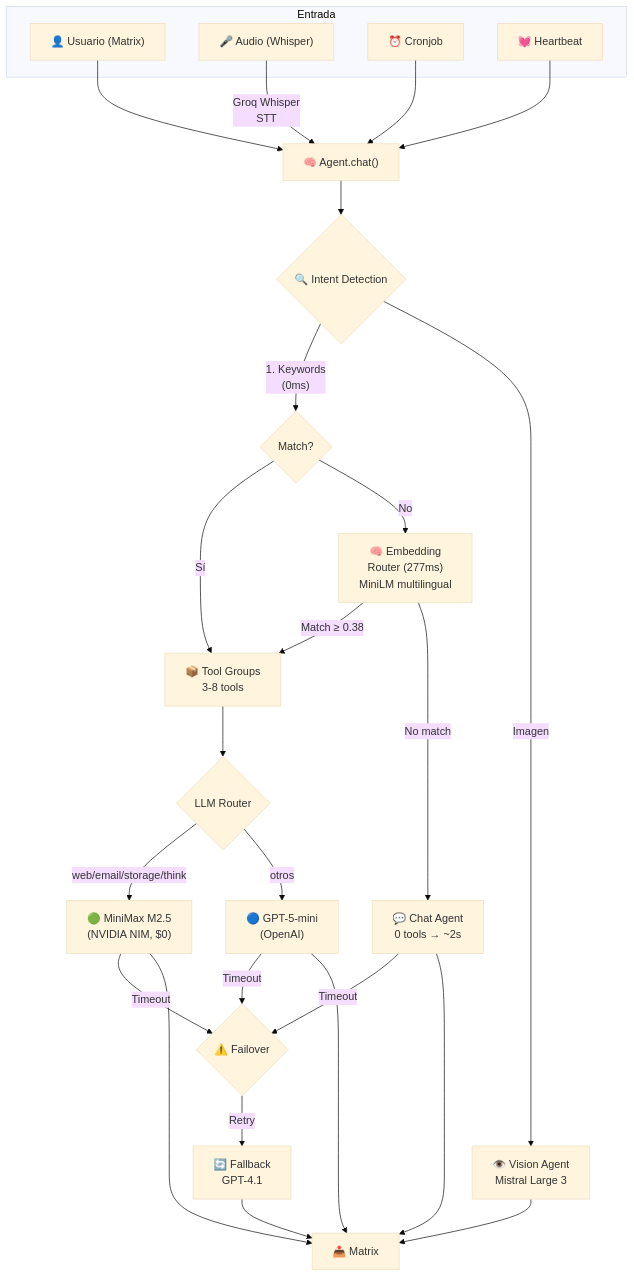
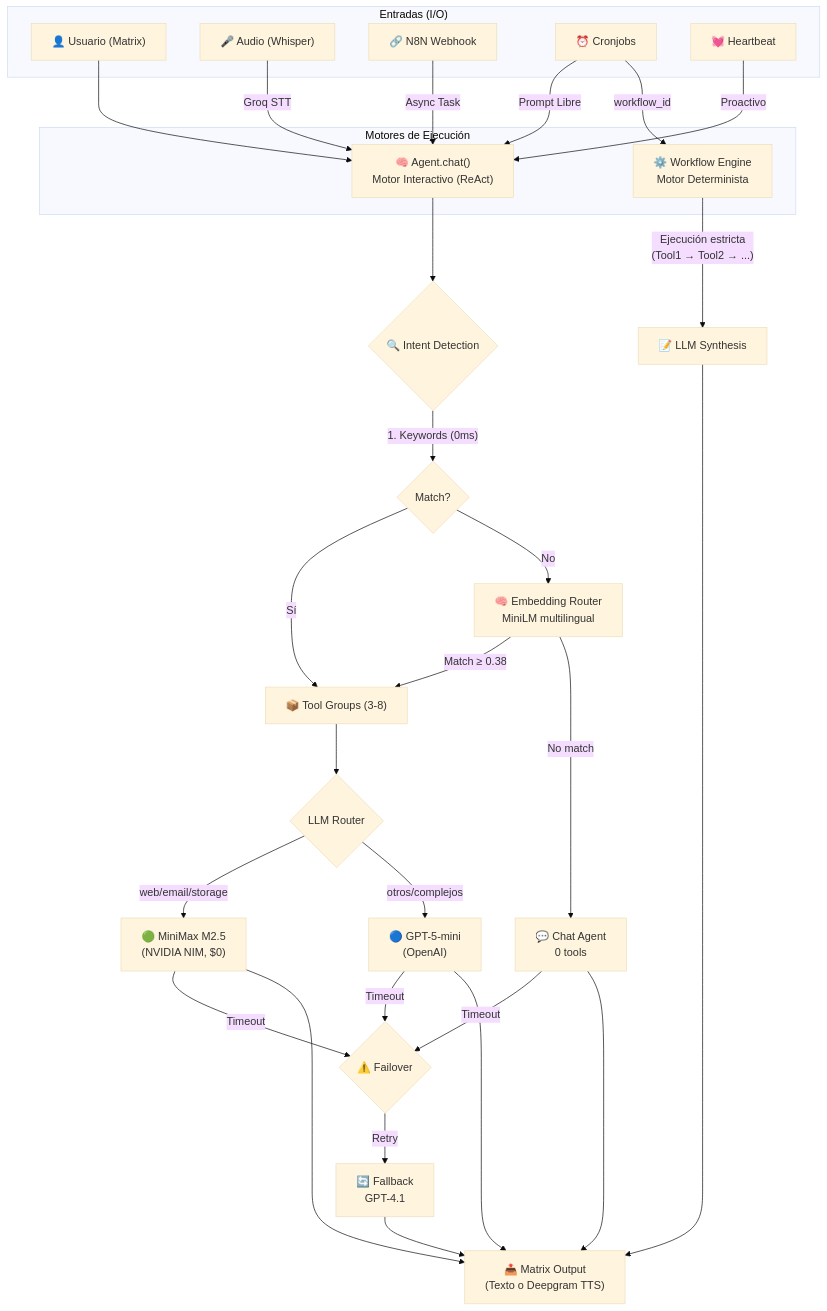
The diagram in README.md (judmontoyaso/jada), drawn with Mermaid (base theme) before and after one commit. The commit also changed other lines of this file and 6 other files, not shown here.

````diff
--- a/README.md
+++ b/README.md
@@ -23,39 +23,48 @@
 ```mermaid
 graph TD
-    subgraph "Entrada"
+    subgraph "Entradas (I/O)"
         M["👤 Usuario (Matrix)"]
         A["🎤 Audio (Whisper)"]
-        C["⏰ Cronjob"]
+        WH["🔗 N8N Webhook"]
+        C["⏰ Cronjobs"]
         H["💓 Heartbeat"]
     end
 
-    M --> R["🧠 Agent.chat()"]
-    A -->|"Groq Whisper<br/>STT"| R
-    C --> R
-    H --> R
+    subgraph "Motores de Ejecución"
+        R["🧠 Agent.chat()<br/>Motor Interactivo (ReAct)"]
+        WE["⚙️ Workflow Engine<br/>Motor Determinista"]
+    end
+
+    M --> R
+    A -->|"Groq STT"| R
+    H -->|"Proactivo"| R
+    WH -->|"Async Task"| R
+    C -->|"Prompt Libre"| R
+    C -->|"workflow_id"| WE
+
+    WE -->|"Ejecución estricta<br/>(Tool1 → Tool2 → ...)"| LLM_SYNC["📝 LLM Synthesis"]
+    LLM_SYNC --> OUT
 
     R --> D{"🔍 Intent Detection"}
-
-    D -->|"1. Keywords<br/>(0ms)"| KW{"Match?"}
-    KW -->|"Sí"| GRP["📦 Tool Groups<br/>3-8 tools"]
-    KW -->|"No"| EMB["🧠 Embedding<br/>Router (277ms)<br/>MiniLM multilingual"]
+    
+    D -->|"1. Keywords (0ms)"| KW{"Match?"}
+    KW -->|"Sí"| GRP["📦 Tool Groups (3-8)"]
+    KW -->|"No"| EMB["🧠 Embedding Router<br/>MiniLM multilingual"]
     EMB -->|"Match ≥ 0.38"| GRP
-    EMB -->|"No match"| CHAT["💬 Chat Agent<br/>0 tools → ~2s"]
+    EMB -->|"No match"| CHAT["💬 Chat Agent<br/>0 tools"]
 
     GRP --> ROUTE{"LLM Router"}
-    ROUTE -->|"web/email/storage/think"| NV["🟢 MiniMax M2.5<br/>(NVIDIA NIM, $0)"]
-    ROUTE -->|"otros"| GPT["🔵 GPT-5-mini<br/>(OpenAI)"]
-
-    D -->|"Imagen"| VIS["👁️ Vision Agent<br/>Mistral Large 3"]
+    ROUTE -->|"web/email/storage"| NV["🟢 MiniMax M2.5<br/>(NVIDIA NIM, $0)"]
+    ROUTE -->|"otros/complejos"| GPT["🔵 GPT-5-mini<br/>(OpenAI)"]
 
     CHAT -->|"Timeout"| FB{"⚠️ Failover"}
     NV -->|"Timeout"| FB
     GPT -->|"Timeout"| FB
 
     FB -->|"Retry"| FALL["🔄 Fallback<br/>GPT-4.1"]
-    FALL --> OUT["📤 Matrix"]
+    
+    FALL --> OUT["📤 Matrix Output<br/>(Texto o Deepgram TTS)"]
     CHAT --> OUT
     NV --> OUT
     GPT --> OUT
-    VIS --> OUT
 ```
````
